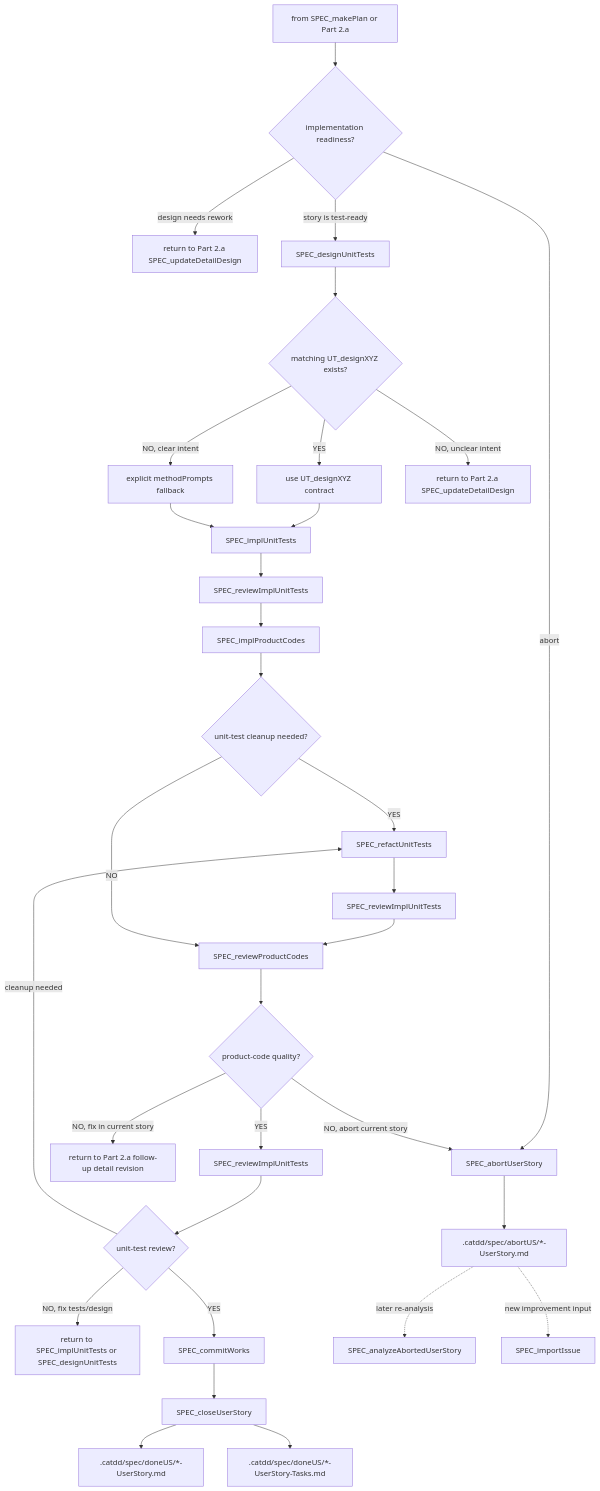
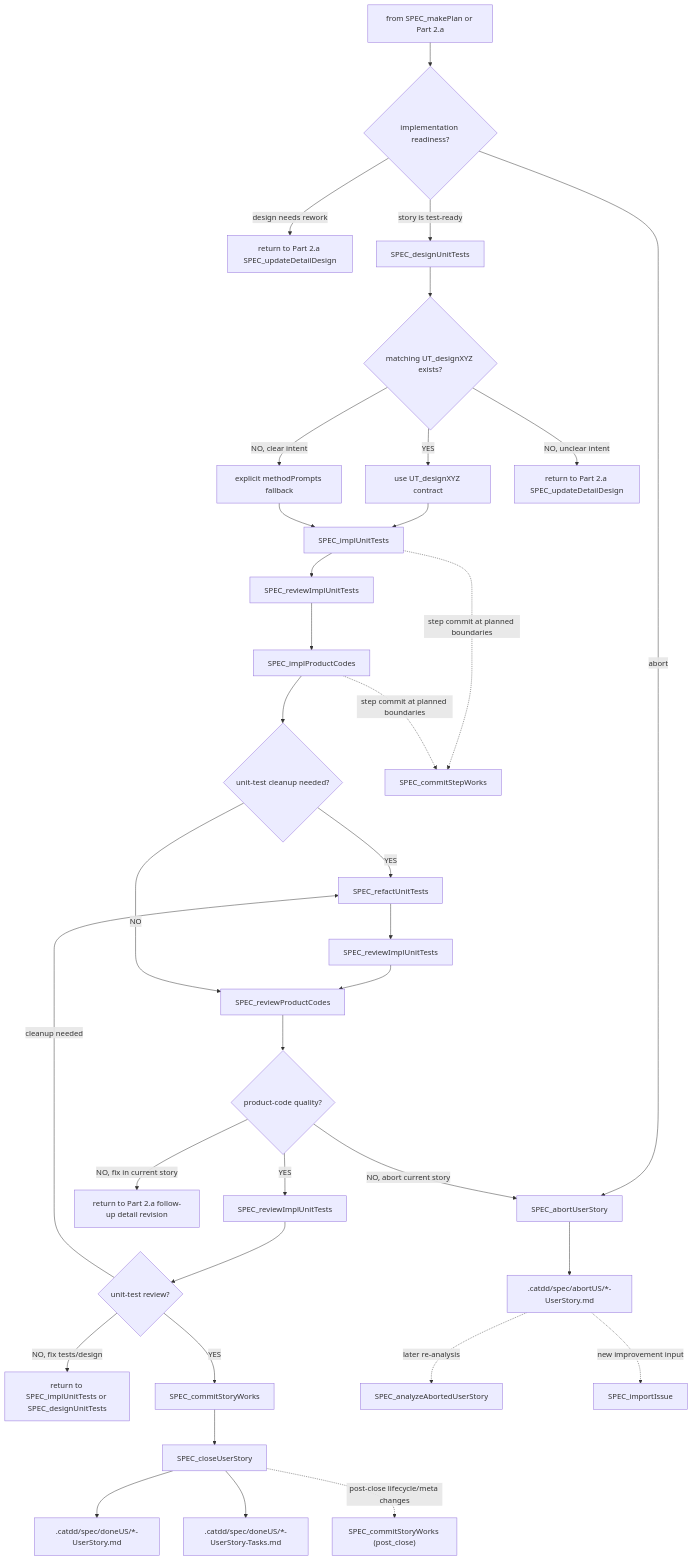
The third of 3 diagrams in slashCommands/flows/Px-SpecFlow.md (EnigmaWU/MyCaTDD), drawn with Mermaid before and after one commit. The commit also changed other lines of this file and 18 other files, not shown here.

Commit message:
add SPEC_commit[PreStory,Step,Story]Works

````diff
--- a/slashCommands/flows/Px-SpecFlow.md
+++ b/slashCommands/flows/Px-SpecFlow.md
@@ -311,36 +339,39 @@
 ```mermaid
 flowchart TB
     Part2b["from SPEC_makePlan or Part 2.a"] --> ImplementationChoice{"implementation readiness?"}
     ImplementationChoice -- "design needs rework" --> ReviewStoryRef["return to Part 2.a SPEC_updateDetailDesign"]
     ImplementationChoice -- "abort" --> Abort2b["SPEC_abortUserStory"]
     ImplementationChoice -- "story is test-ready" --> DesignTests["SPEC_designUnitTests"]
 
     DesignTests --> UTDesign{"matching UT_designXYZ exists?"}
     UTDesign -- "YES" --> CategoryDesign["use UT_designXYZ contract"]
     UTDesign -- "NO, clear intent" --> MethodFallback["explicit methodPrompts fallback"]
     UTDesign -- "NO, unclear intent" --> DetailGap["return to Part 2.a SPEC_updateDetailDesign"]
     CategoryDesign --> ImplTests["SPEC_implUnitTests"]
     MethodFallback --> ImplTests
     ImplTests --> ReviewImplTests["SPEC_reviewImplUnitTests"]
     ReviewImplTests --> ImplCode["SPEC_implProductCodes"]
     ImplCode --> RefactTests{"unit-test cleanup needed?"}
     RefactTests -- "YES" --> RefactUnitTests["SPEC_refactUnitTests"]
     RefactUnitTests --> ReviewImplTestsAfterRefactor["SPEC_reviewImplUnitTests"]
     ReviewImplTestsAfterRefactor --> ReviewCode["SPEC_reviewProductCodes"]
     RefactTests -- "NO" --> ReviewCode
     ReviewCode --> QualityCode{"product-code quality?"}
 
     QualityCode -- "NO, fix in current story" --> DesignRework["return to Part 2.a follow-up detail revision"]
     QualityCode -- "NO, abort current story" --> Abort2b
     QualityCode -- "YES" --> ReviewImplTestsAfterProductCode["SPEC_reviewImplUnitTests"]
     ReviewImplTestsAfterProductCode --> UnitTestQuality{"unit-test review?"}
     UnitTestQuality -- "NO, fix tests/design" --> TestRework["return to SPEC_implUnitTests or SPEC_designUnitTests"]
     UnitTestQuality -- "cleanup needed" --> RefactUnitTests
-    UnitTestQuality -- "YES" --> Commit["SPEC_commitWorks"]
+    UnitTestQuality -- "YES" --> Commit["SPEC_commitStoryWorks"]
     Commit --> Close["SPEC_closeUserStory"]
+    ImplTests -. "step commit at planned boundaries" .-> StepCommit["SPEC_commitStepWorks"]
+    ImplCode -. "step commit at planned boundaries" .-> StepCommit
     Close --> Done[".catdd/spec/doneUS/*-UserStory.md"]
     Close --> DoneTasks[".catdd/spec/doneUS/*-UserStory-Tasks.md"]
+    Close -. "post-close lifecycle/meta changes" .-> CommitFinalize["SPEC_commitStoryWorks (post_close)"]
     Abort2b --> AbortUS2b[".catdd/spec/abortUS/*-UserStory.md"]
     AbortUS2b -. "later re-analysis" .-> AnalyzeAbort2b["SPEC_analyzeAbortedUserStory"]
     AbortUS2b -. "new improvement input" .-> ImportIssue2b["SPEC_importIssue"]
 ```
````
